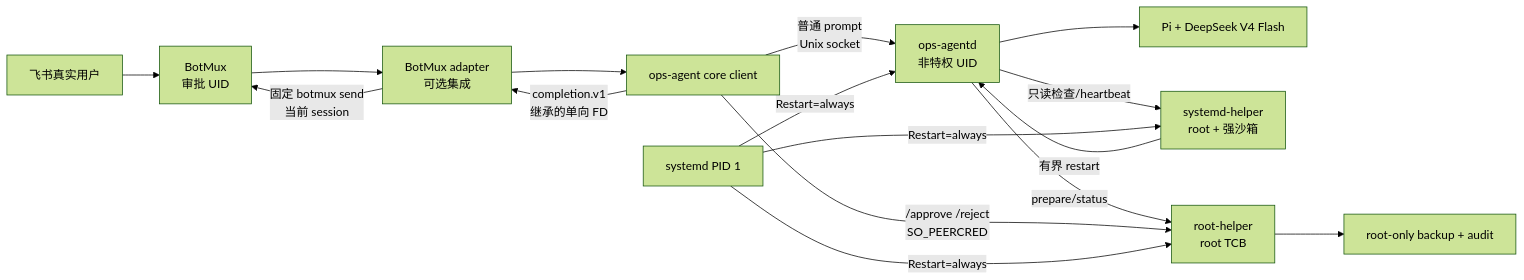
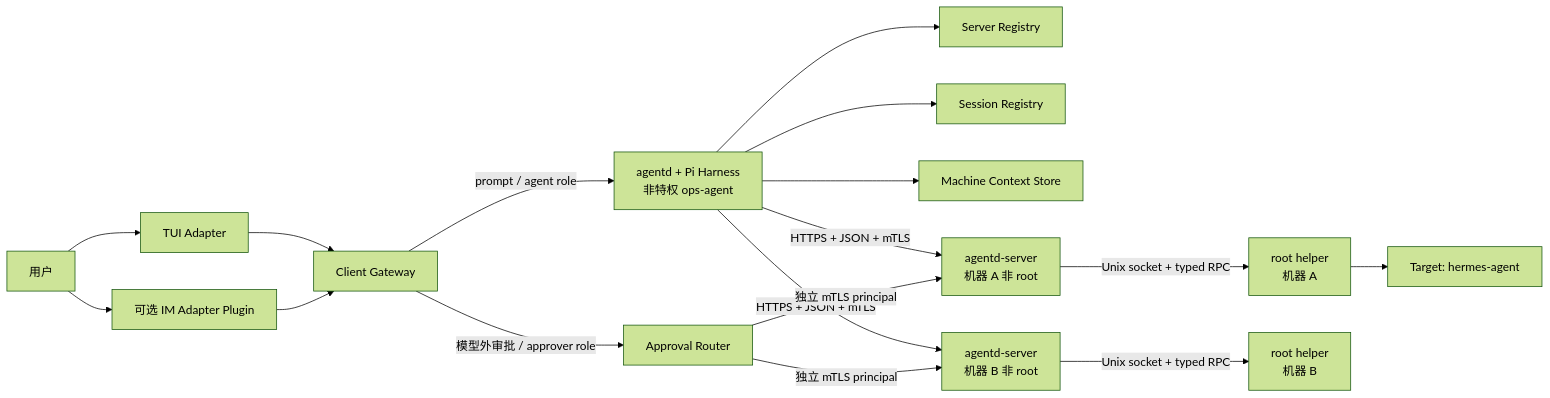
Before and after one commit to KiritoKing/pi-ops-agent: the diagram in docs/architecture.md, drawn with Mermaid (forest theme). The commit also changed other lines of this file and 85 other files, not shown here.

Commit message:
feat: add multi-machine native ops control plane

````diff
--- a/docs/architecture.md
+++ b/docs/architecture.md
@@ -5,18 +24,19 @@
 ```mermaid
 flowchart LR
-  U["飞书真实用户"] --> B["BotMux\n审批 UID"]
-  B --> M["BotMux adapter\n可选集成"]
-  M --> C["ops-agent core client"]
-  C -->|"普通 prompt\nUnix socket"| A["ops-agentd\n非特权 UID"]
-  C -->|"completion.v1\n继承的单向 FD"| M
-  M -->|"固定 botmux send\n当前 session"| B
-  A --> P["Pi + DeepSeek V4 Flash"]
-  A -->|"只读检查/heartbeat"| S["systemd-helper\nroot + 强沙箱"]
-  A -->|"prepare/status"| R["root-helper\nroot TCB"]
-  C -->|"/approve /reject\nSO_PEERCRED"| R
-  R --> BK["root-only backup + audit"]
-  S -->|"有界 restart"| A
-  SD["systemd PID 1"] -->|"Restart=always"| A
-  SD -->|"Restart=always"| S
-  SD -->|"Restart=always"| R
+  U["用户"] --> T["TUI Adapter"]
+  U --> I["可选 IM Adapter Plugin"]
+  T --> C["Client Gateway"]
+  I --> C
+  C -->|"prompt / agent role"| A["agentd + Pi Harness\n非特权 ops-agent"]
+  C -->|"模型外审批 / approver role"| P["Approval Router"]
+  A --> R["Server Registry"]
+  A --> S["Session Registry"]
+  A --> M["Machine Context Store"]
+  A -->|"HTTPS + JSON + mTLS"| E1["agentd-server\n机器 A 非 root"]
+  A -->|"HTTPS + JSON + mTLS"| E2["agentd-server\n机器 B 非 root"]
+  P -->|"独立 mTLS principal"| E1
+  P -->|"独立 mTLS principal"| E2
+  E1 -->|"Unix socket + typed RPC"| H1["root helper\n机器 A"]
+  E2 -->|"Unix socket + typed RPC"| H2["root helper\n机器 B"]
+  H1 --> TA["Target: hermes-agent"]
 ```
````
